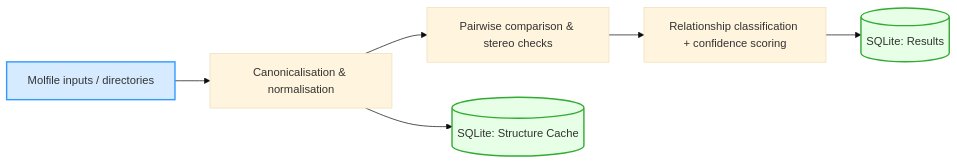
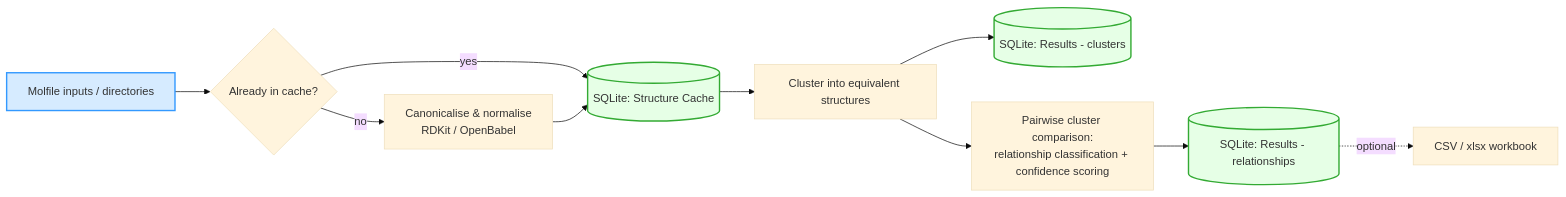
One commit to Digital-Metabolic-Twin-Centre/stereomapper changed the diagram in README.md. Above: the diagram before and after it, drawn with Mermaid (base theme).

Commit message:
Update mermaid plot in README

````diff
--- a/README.md
+++ b/README.md
@@ -40,12 +40,17 @@
 ```mermaid
 flowchart LR
-    A[Molfile inputs / directories] --> B[Canonicalisation & normalisation]
-    B --> C[Pairwise comparison & stereo checks]
-    C --> D[Relationship classification + confidence scoring]
-    D --> E[(SQLite: Results)]
-    B --> F[(SQLite: Structure Cache)]
+    A[Molfile inputs / directories] --> B{Already in cache?}
+    B -- yes --> D[(SQLite: Structure Cache)]
+    B -- no --> C[Canonicalise & normalise<br/>RDKit / OpenBabel]
+    C --> D
+    D --> E[Cluster into equivalent structures]
+    E --> F[(SQLite: Results - clusters)]
+    E --> G[Pairwise cluster comparison:<br/>relationship classification + confidence scoring]
+    G --> H[(SQLite: Results - relationships)]
+    H -.->|optional| I[CSV / xlsx workbook]
 
     style A fill:#d6ebff,stroke:#3399FF,stroke-width:2px
-    style E fill:#e6ffe6,stroke:#3a3,stroke-width:2px
+    style D fill:#e6ffe6,stroke:#3a3,stroke-width:2px
     style F fill:#e6ffe6,stroke:#3a3,stroke-width:2px
+    style H fill:#e6ffe6,stroke:#3a3,stroke-width:2px
 ```
````
